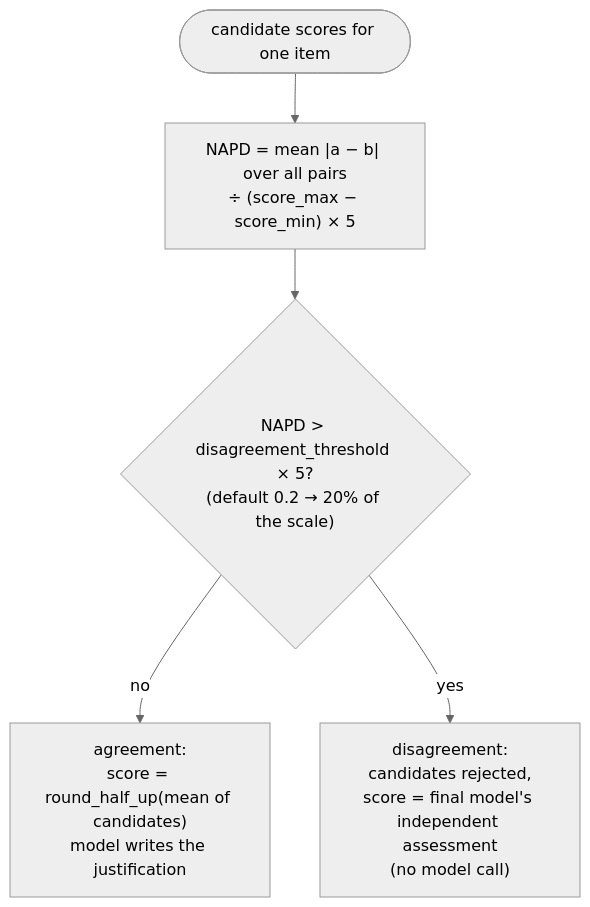
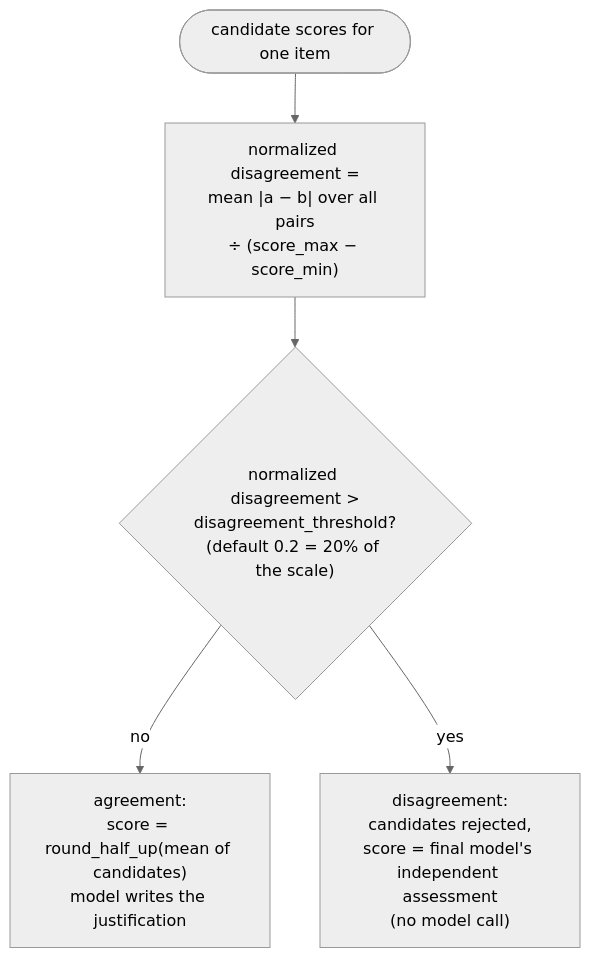
Before and after one commit to putnich/abaes-eval-fwk: the first of 3 diagrams in docs/architecture/05-final-agent-procedures.md, drawn with Mermaid (neutral theme). The commit also changed other lines of this file and 26 other files, not shown here.

````diff
--- a/docs/architecture/05-final-agent-procedures.md
+++ b/docs/architecture/05-final-agent-procedures.md
@@ -26,11 +27,11 @@
 ```mermaid
 flowchart TB
     s(["candidate scores for one item"])
-    napd["NAPD = mean |a − b| over all pairs<br/>÷ (score_max − score_min) × 5"]
-    t{"NAPD > disagreement_threshold × 5?<br/>(default 0.2 → 20% of the scale)"}
+    dist["normalized disagreement =<br/>mean |a − b| over all pairs<br/>÷ (score_max − score_min)"]
+    t{"normalized disagreement ><br/>disagreement_threshold?<br/>(default 0.2 = 20% of the scale)"}
     agree["agreement:<br/>score = round_half_up(mean of candidates)<br/>model writes the justification"]
     dis["disagreement:<br/>candidates rejected,<br/>score = final model's independent assessment<br/>(no model call)"]
-    s --> napd --> t
+    s --> dist --> t
     t -- no --> agree
     t -- yes --> dis
 ```
````
